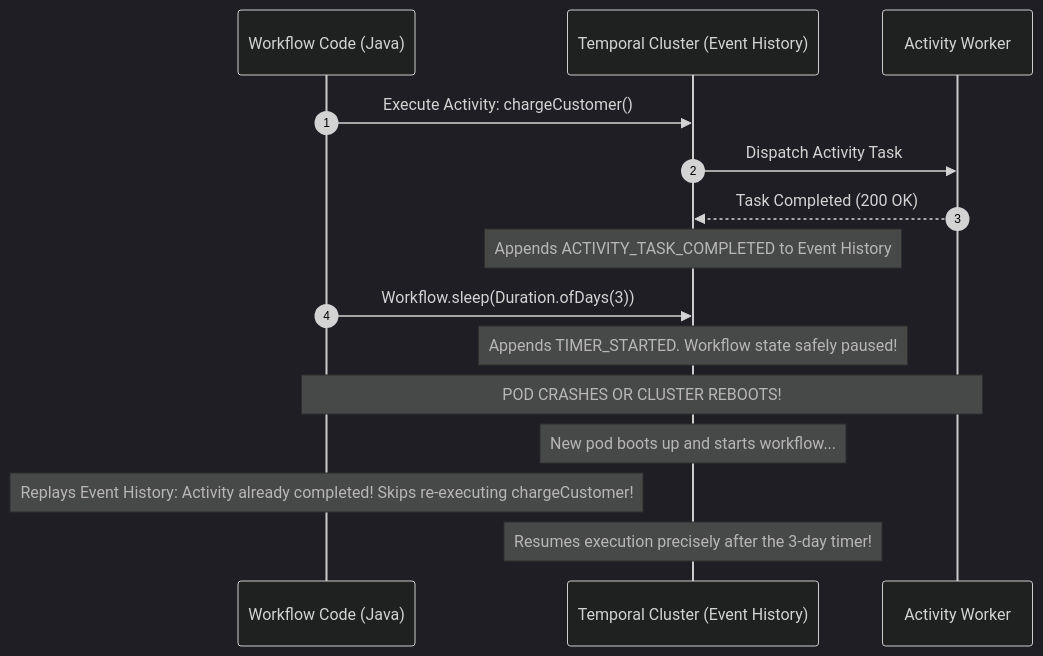
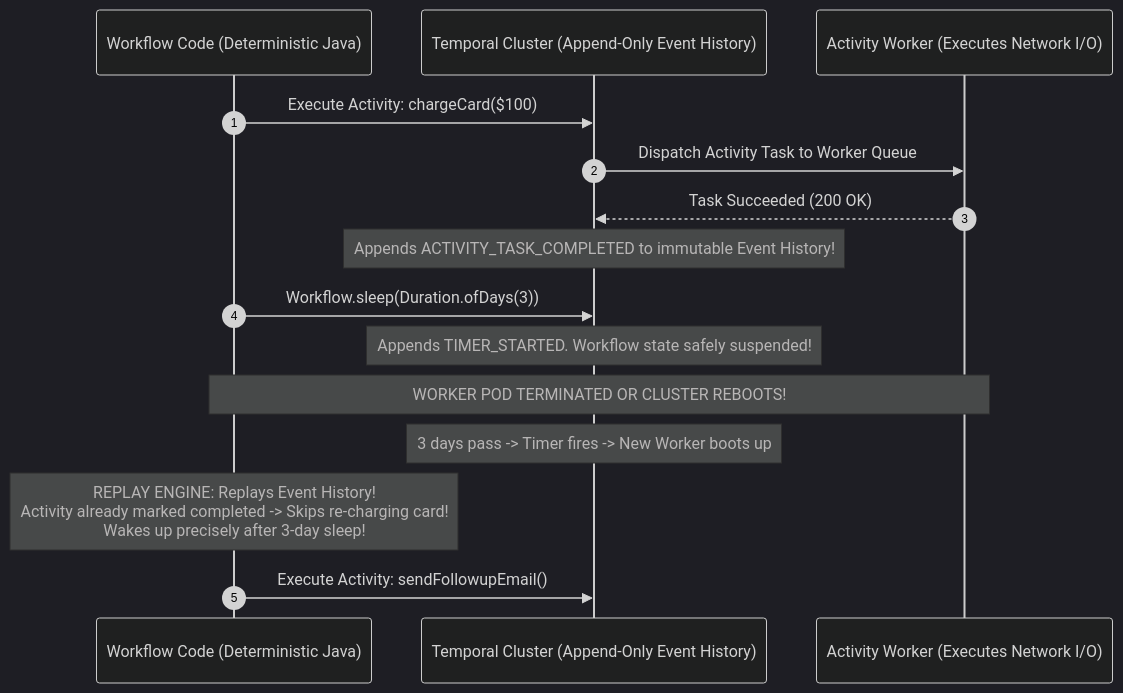
The fifth of 5 diagrams in docs/system-design/webhook-engine-workflows.mdx (weaponxwolf/backend-engineering-mastry), drawn with Mermaid (dark theme) before and after one commit. The commit also changed other lines of this file and 15 other files, not shown here.

````diff
--- a/docs/system-design/webhook-engine-workflows.mdx
+++ b/docs/system-design/webhook-engine-workflows.mdx
@@ -150,18 +381,21 @@
 ```mermaid
 sequenceDiagram
     autonumber
-    participant Code as Workflow Code (Java)
-    participant Temporal as Temporal Cluster (Event History)
-    participant Worker as Activity Worker
+    participant Code as Workflow Code (Deterministic Java)
+    participant Temporal as Temporal Cluster (Append-Only Event History)
+    participant Worker as Activity Worker (Executes Network I/O)
 
-    Code->>Temporal: Execute Activity: chargeCustomer()
-    Temporal->>Worker: Dispatch Activity Task
-    Worker-->>Temporal: Task Completed (200 OK)
-    Note over Temporal: Appends ACTIVITY_TASK_COMPLETED to Event History
+    Code->>Temporal: Execute Activity: chargeCard($100)
+    Temporal->>Worker: Dispatch Activity Task to Worker Queue
+    Worker-->>Temporal: Task Succeeded (200 OK)
+    Note over Temporal: Appends ACTIVITY_TASK_COMPLETED to immutable Event History!
+    
     Code->>Temporal: Workflow.sleep(Duration.ofDays(3))
-    Note over Temporal: Appends TIMER_STARTED. Workflow state safely paused!
-    Note over Code,Worker: POD CRASHES OR CLUSTER REBOOTS!
-    Note over Temporal: New pod boots up and starts workflow...
-    Note over Code: Replays Event History: Activity already completed! Skips re-executing chargeCustomer!
-    Note over Temporal: Resumes execution precisely after the 3-day timer!
+    Note over Temporal: Appends TIMER_STARTED. Workflow state safely suspended!
+    
+    Note over Code,Worker: WORKER POD TERMINATED OR CLUSTER REBOOTS!
+    
+    Note over Temporal: 3 days pass -> Timer fires -> New Worker boots up
+    Note over Code: REPLAY ENGINE: Replays Event History!<br/>Activity already marked completed -> Skips re-charging card!<br/>Wakes up precisely after 3-day sleep!
+    Code->>Temporal: Execute Activity: sendFollowupEmail()
 ```
````
